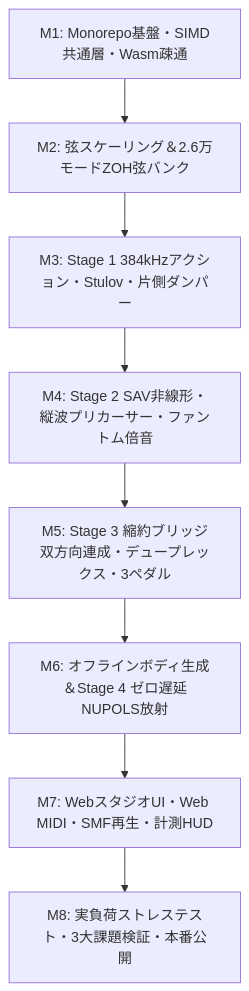
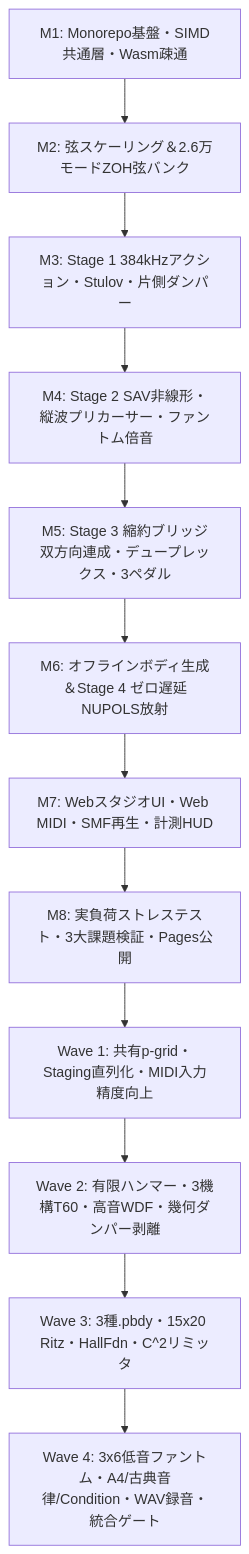
Before and after one commit to likr-sandbox/pianosim: the diagram in docs/ROADMAP.md, drawn with Mermaid. The commit also changed other lines of this file and 7 other files, not shown here.

Commit message:
docs: sync architecture, roadmap, and decisions with implementation and move agent docs to .agents

````diff
--- a/docs/ROADMAP.md
+++ b/docs/ROADMAP.md
@@ -47,10 +51,14 @@
 ```mermaid
 flowchart TD
     M1["M1: Monorepo基盤・SIMD共通層・Wasm疎通"] --> M2["M2: 弦スケーリング＆2.6万モードZOH弦バンク"]
     M2 --> M3["M3: Stage 1 384kHzアクション・Stulov・片側ダンパー"]
     M3 --> M4["M4: Stage 2 SAV非線形・縦波プリカーサー・ファントム倍音"]
     M4 --> M5["M5: Stage 3 縮約ブリッジ双方向連成・デュープレックス・3ペダル"]
     M5 --> M6["M6: オフラインボディ生成＆Stage 4 ゼロ遅延NUPOLS放射"]
     M6 --> M7["M7: WebスタジオUI・Web MIDI・SMF再生・計測HUD"]
-    M7 --> M8["M8: 実負荷ストレステスト・3大課題検証・本番公開"]
+    M7 --> M8["M8: 実負荷ストレステスト・3大課題検証・Pages公開"]
+    M8 --> W1["Wave 1: 共有p-grid・Staging直列化・MIDI入力精度向上"]
+    W1 --> W2["Wave 2: 有限ハンマー・3機構T60・高音WDF・幾何ダンパー剥離"]
+    W2 --> W3["Wave 3: 3種.pbdy・15x20 Ritz・HallFdn・C^2リミッタ"]
+    W3 --> W4["Wave 4: 3x6低音ファントム・A4/古典音律/Condition・WAV録音・統合ゲート"]
 ```
````
